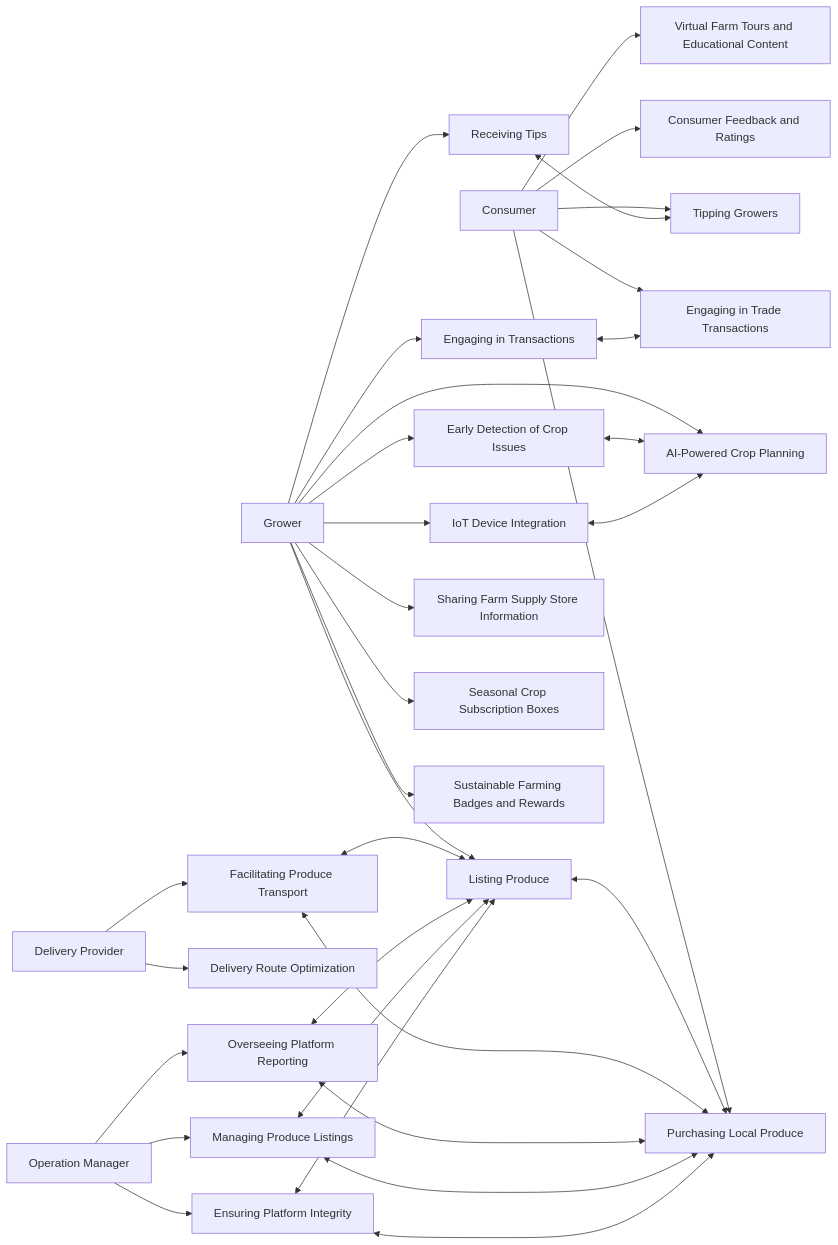
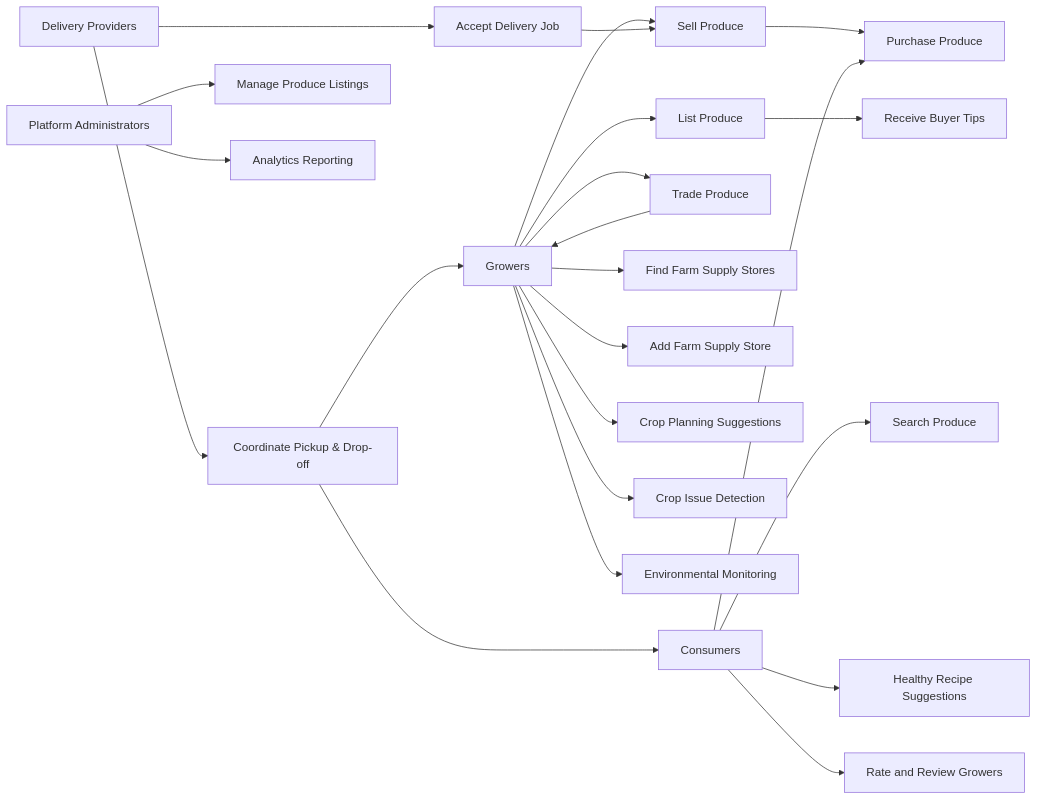
Before and after one commit to harvesit/harvesit: the diagram in README.md, drawn with Mermaid. The commit also changed other lines of this file, not shown here.

````diff
--- a/README.md
+++ b/README.md
@@ -140,77 +139,31 @@
 ```mermaid
 graph LR
-    %% Defining Actors
-    A[Grower]
-    B[Consumer]
-    C[Delivery Provider]
-    D[Operation Manager]
+    A[Growers] --> B1[List Produce]
+    A --> B2[Sell Produce] 
+    A --> B3[Trade Produce]
+    A --> B4[Find Farm Supply Stores]
+    A --> B5[Add Farm Supply Store]
+    B1 --> B6[Receive Buyer Tips]
+    A --> B7[Crop Planning Suggestions]
+    A --> B8[Crop Issue Detection]
+    A --> B9[Environmental Monitoring]
+    
+    B2 --> D2[Purchase Produce]
+    B3 --> A
+    
+    F1[Accept Delivery Job] --> B2 
+    F2[Coordinate Pickup & Drop-off] --> A
+    
+    C[Consumers] --> D1[Search Produce]
+    C --> D2
+    C --> D3[Healthy Recipe Suggestions]  
+    C --> D4[Rate and Review Growers]
+    
+    F2 --> C
 
-    %% Defining Use Cases for Growers
-    A1[Listing Produce] 
-    A2[Engaging in Transactions]
-    A3[AI-Powered Crop Planning]
-    A4[Early Detection of Crop Issues]
-    A5[IoT Device Integration]
-    A6[Receiving Tips]
-    A7[Sharing Farm Supply Store Information]
-    A8[Seasonal Crop Subscription Boxes]
-    A9[Sustainable Farming Badges and Rewards]
-
-    %% Defining Use Cases for Consumers
-    B1[Purchasing Local Produce]
-    B2[Tipping Growers]
-    B3[Engaging in Trade Transactions]
-    B4[Consumer Feedback and Ratings]
-    B5[Virtual Farm Tours and Educational Content]
-
-    %% Defining Use Cases for Delivery Providers
-    C1[Facilitating Produce Transport]
-    C2[Delivery Route Optimization]
-
-    %% Defining Use Cases for Operation Managers
-    D1[Overseeing Platform Reporting]
-    D2[Managing Produce Listings]
-    D3[Ensuring Platform Integrity]
-
-    %% Connections for Growers
-    A --> A1
-    A --> A2
-    A --> A3
-    A --> A4
-    A --> A5
-    A --> A6
-    A --> A7
-    A --> A8
-    A --> A9
-
-    %% Connections for Consumers
-    B --> B1
-    B --> B2
-    B --> B3
-    B --> B4
-    B --> B5
-
-    %% Connections for Delivery Providers
-    C --> C1
-    C --> C2
-
-    %% Connections for Operation Managers
-    D --> D1
-    D --> D2
-    D --> D3
-
-    %% Inter-Actor Relationships
-    A1 <--> B1
-    A2 <--> B3
-    A6 <--> B2
-    A4 <--> A3
-    A5 <--> A3
-    C1 <--> B1
-    C1 <--> A1
-    D1 <--> A1
-    D1 <--> B1
-    D2 <--> A1
-    D2 <--> B1
-    D3 <--> A1
-    D3 <--> B1
+    E[Delivery Providers] --> F1
+    E --> F2
+    
+    G[Platform Administrators] --> H1[Manage Produce Listings] 
+    G --> H2[Analytics Reporting]
 ```
````
